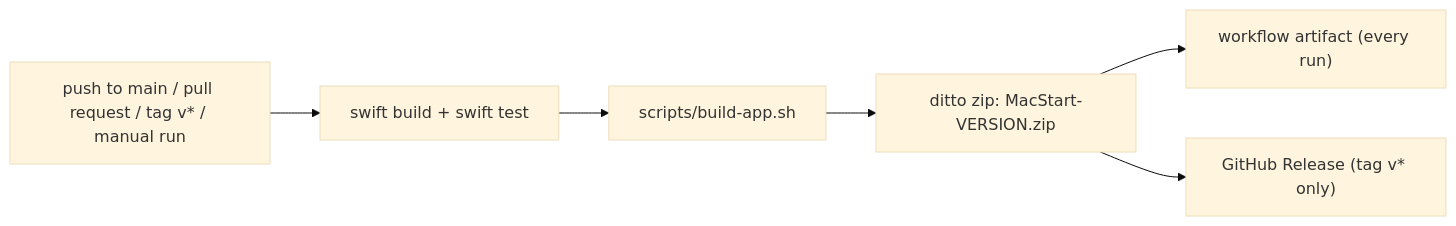
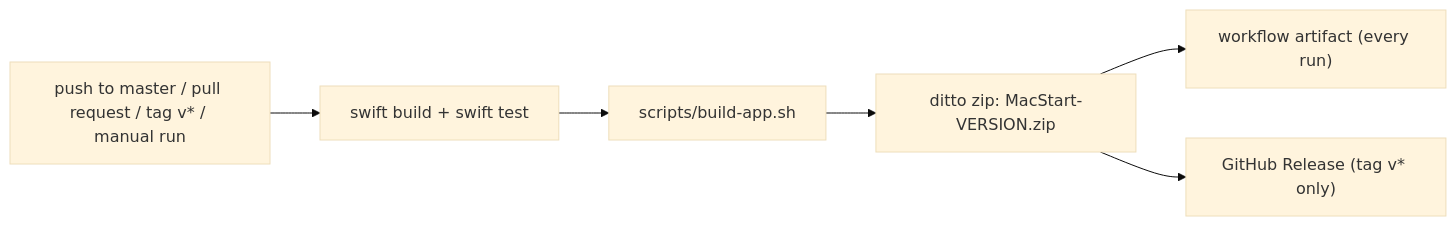
Before and after one commit to Temosh/mac-start: the diagram in docs/operations.md, drawn with Mermaid (base theme). The commit also changed other lines of this file and 26 other files, not shown here.

````diff
--- a/docs/operations.md
+++ b/docs/operations.md
@@ -9,8 +9,8 @@
 ```mermaid
 flowchart LR
-    T["push to main / pull request / tag v* / manual run"] --> B["swift build + swift test"]
+    T["push to master / pull request / tag v* / manual run"] --> B["swift build + swift test"]
     B --> A["scripts/build-app.sh"]
     A --> Z["ditto zip: MacStart-VERSION.zip"]
     Z --> U["workflow artifact (every run)"]
     Z --> R["GitHub Release (tag v* only)"]
 ```
````
